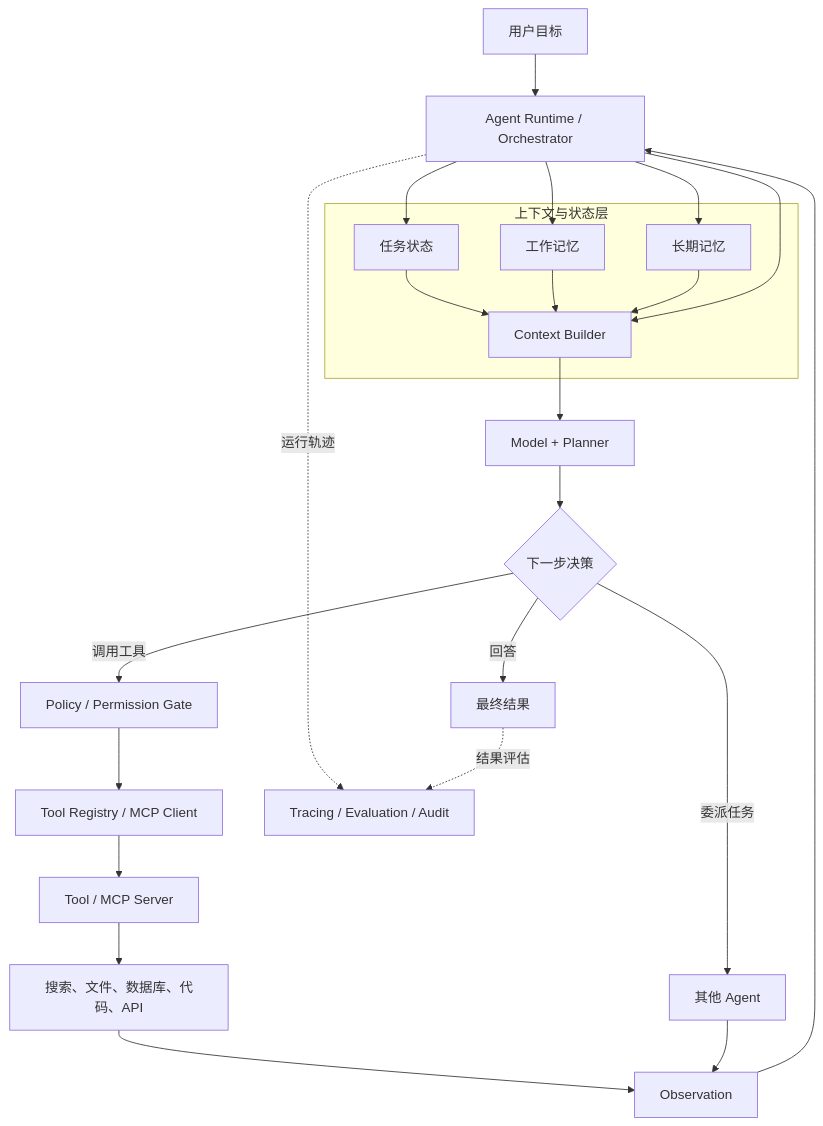
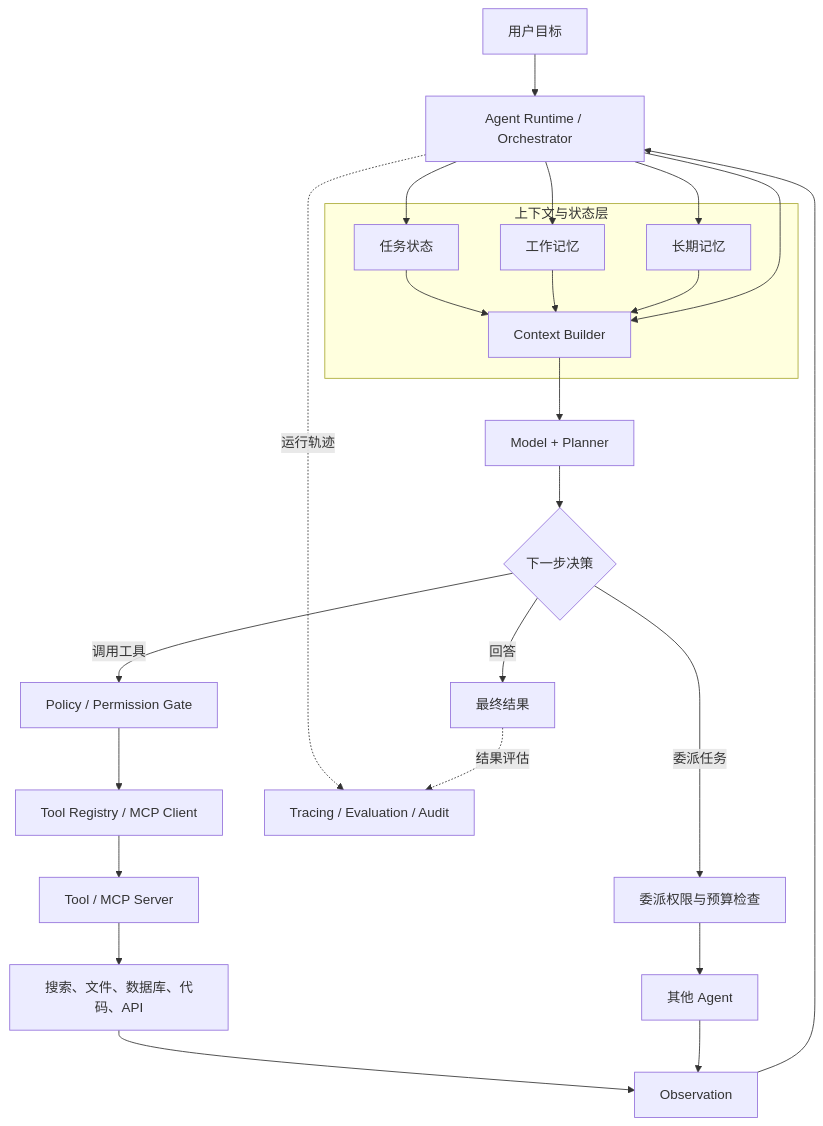
The first of 8 diagrams in docs/agent/01-foundations/02-agent-architecture.md (oneleaveknowsthefall/awesome-ai-roadmap), drawn with Mermaid before and after one commit. The commit also changed other lines of this file and 50 other files, not shown here.

````diff
--- a/docs/agent/01-foundations/02-agent-architecture.md
+++ b/docs/agent/01-foundations/02-agent-architecture.md
@@ -31,36 +31,37 @@
 ```mermaid
 flowchart TB
     U[用户目标] --> RT[Agent Runtime / Orchestrator]
 
     subgraph Context[上下文与状态层]
         ST[任务状态]
         WM[工作记忆]
         LM[长期记忆]
         CB[Context Builder]
         ST --> CB
         WM --> CB
         LM --> CB
     end
 
     RT --> CB
     CB --> MP[Model + Planner]
     MP --> DEC{下一步决策}
 
     DEC -->|回答| OUT[最终结果]
     DEC -->|调用工具| PG[Policy / Permission Gate]
-    DEC -->|委派任务| A2A[其他 Agent]
+    DEC -->|委派任务| DG[委派权限与预算检查]
+    DG --> A2A[其他 Agent]
 
     PG --> TR[Tool Registry / MCP Client]
     TR --> TS[Tool / MCP Server]
     TS --> ENV[搜索、文件、数据库、代码、API]
     ENV --> OBS[Observation]
 
     A2A --> OBS
     OBS --> RT
     RT --> ST
     RT --> WM
     RT --> LM
 
     RT -.运行轨迹.-> OT[Tracing / Evaluation / Audit]
     OUT -.结果评估.-> OT
 ```
````
